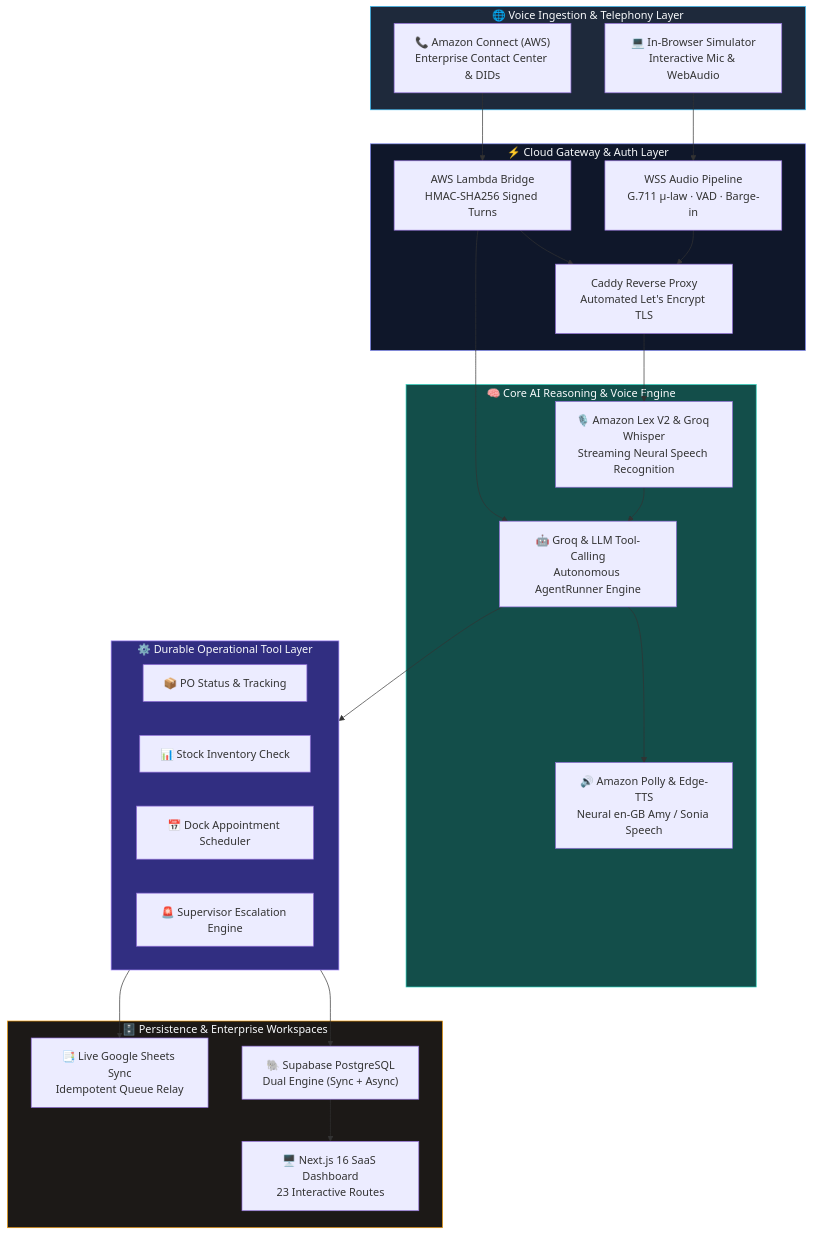
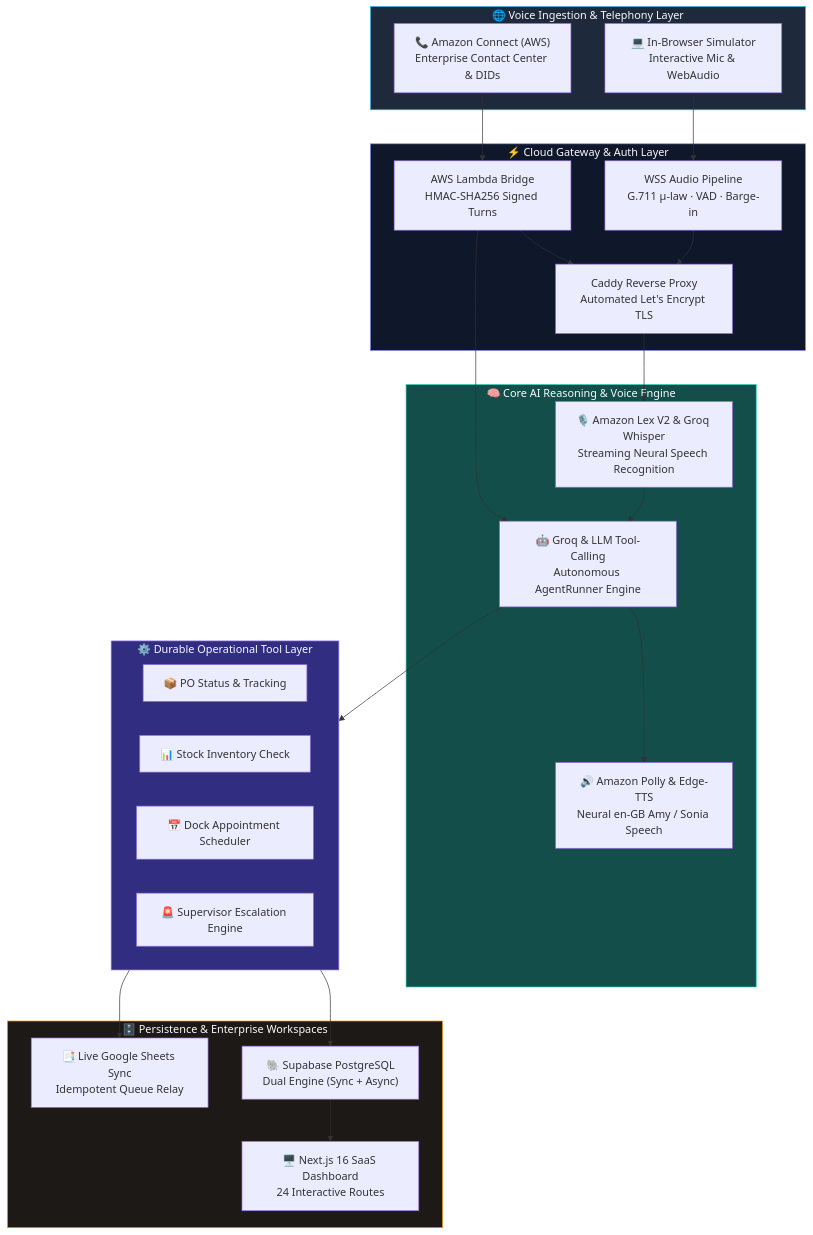
The first of 2 diagrams in README.md (jeevesh2515/voxflow-voice-agent), drawn with Mermaid before and after one commit. The commit also changed other lines of this file and 3 other files, not shown here.

Commit message:
docs: update architecture, diagrams, day tracker, and PRD for day 44 self-serve SaaS

````diff
--- a/README.md
+++ b/README.md
@@ -99,49 +99,49 @@
 ```mermaid
 flowchart TB
     subgraph Carriers["🌐 Voice Ingestion & Telephony Layer"]
         AWS["📞 Amazon Connect (AWS)<br/>Enterprise Contact Center & DIDs"]
         WEB["💻 In-Browser Simulator<br/>Interactive Mic & WebAudio"]
     end
 
     subgraph Streaming["⚡ Cloud Gateway & Auth Layer"]
         LMB["AWS Lambda Bridge<br/>HMAC-SHA256 Signed Turns"]
         WSS["WSS Audio Pipeline<br/>G.711 μ-law · VAD · Barge-in"]
         CAD["Caddy Reverse Proxy<br/>Automated Let's Encrypt TLS"]
     end
 
     subgraph Intelligence["🧠 Core AI Reasoning & Voice Engine"]
         STT["🎙️ Amazon Lex V2 & Groq Whisper<br/>Streaming Neural Speech Recognition"]
         LLM["🤖 Groq & LLM Tool-Calling<br/>Autonomous AgentRunner Engine"]
         TTS["🔊 Amazon Polly & Edge-TTS<br/>Neural en-GB Amy / Sonia Speech"]
     end
 
     subgraph Tools["⚙️ Durable Operational Tool Layer"]
         T1["📦 PO Status & Tracking"]
         T2["📊 Stock Inventory Check"]
         T3["📅 Dock Appointment Scheduler"]
         T4["🚨 Supervisor Escalation Engine"]
     end
 
     subgraph Storage["🗄️ Persistence & Enterprise Workspaces"]
         PG["🐘 Supabase PostgreSQL<br/>Dual Engine (Sync + Async)"]
         GS["📑 Live Google Sheets Sync<br/>Idempotent Queue Relay"]
-        DASH["🖥️ Next.js 16 SaaS Dashboard<br/>23 Interactive Routes"]
+        DASH["🖥️ Next.js 16 SaaS Dashboard<br/>24 Interactive Routes"]
     end
 
     AWS --> LMB --> CAD
     WEB --> WSS --> CAD
 
     CAD --> STT --> LLM --> TTS
     LMB --> LLM
     LLM --> Tools
 
     Tools --> PG
     Tools --> GS
     PG --> DASH
 
     style Carriers fill:#1E293B,stroke:#38BDF8,color:#F8FAFC
     style Streaming fill:#0F172A,stroke:#818CF8,color:#F8FAFC
     style Intelligence fill:#134E4A,stroke:#2DD4BF,color:#F8FAFC
     style Tools fill:#312E81,stroke:#A78BFA,color:#F8FAFC
     style Storage fill:#1C1917,stroke:#F59E0B,color:#F8FAFC
 ```
````
